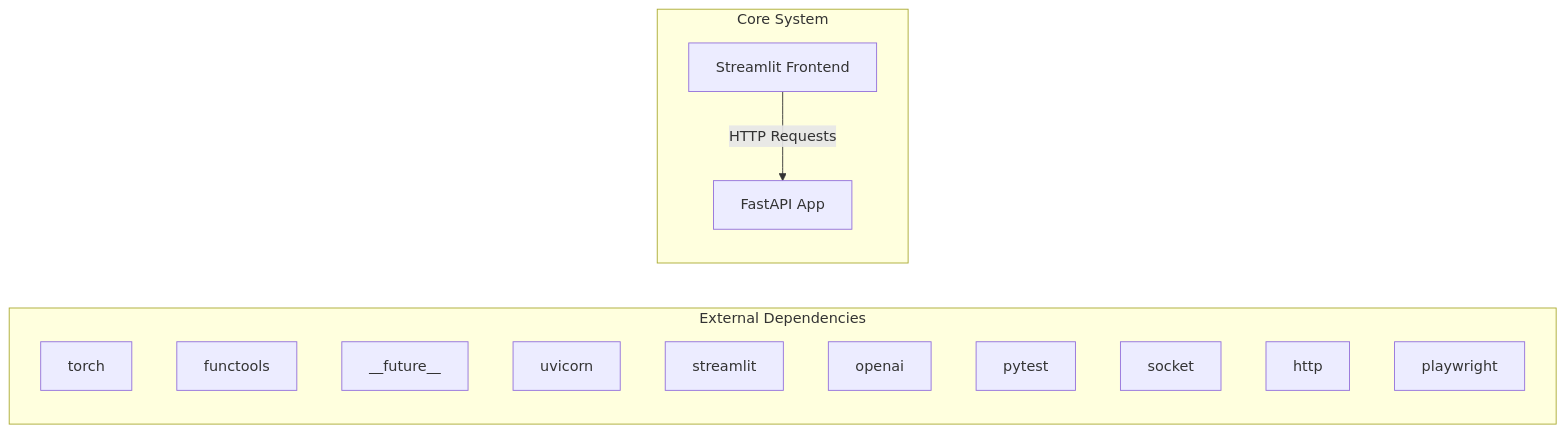
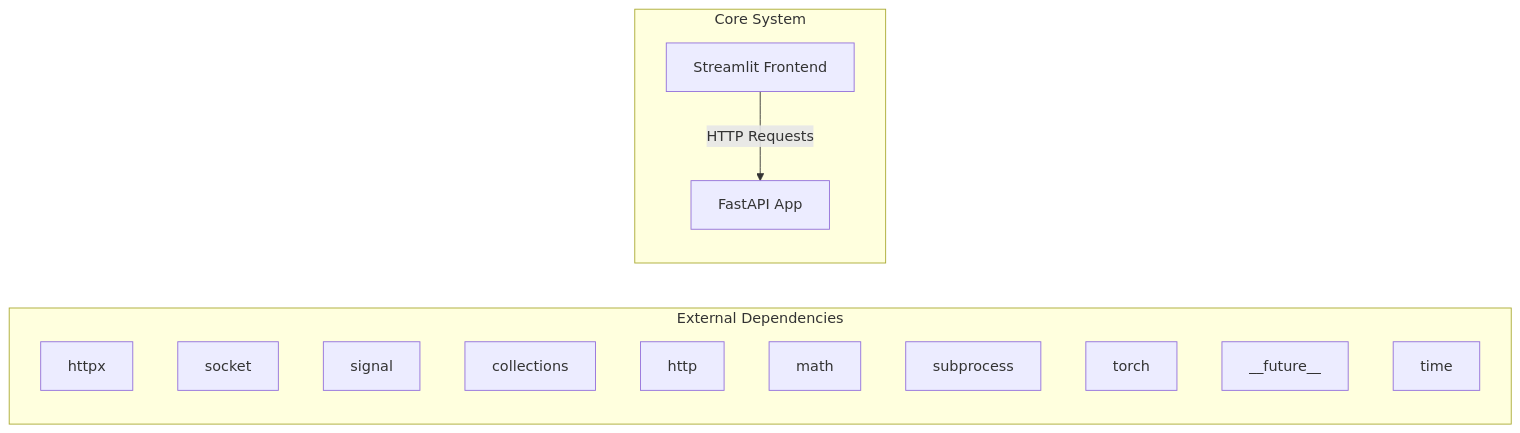
One commit to NITISH-R-G/rag-context-optimizer changed the first of 2 diagrams in docs/architecture.md. Above: the diagram before and after it, drawn with Mermaid. The commit also changed 1 other file, not shown here.

Commit message:
docs: auto-update repository knowledge, architecture diagrams, and documentation

````diff
--- a/docs/architecture.md
+++ b/docs/architecture.md
@@ -7,20 +7,20 @@
 ```mermaid
 graph LR
     subgraph External Dependencies
-        E0["torch"]
-        E1["functools"]
-        E2["__future__"]
-        E3["uvicorn"]
-        E4["streamlit"]
-        E5["openai"]
-        E6["pytest"]
-        E7["socket"]
-        E8["http"]
-        E9["playwright"]
+        E0["httpx"]
+        E1["socket"]
+        E2["signal"]
+        E3["collections"]
+        E4["http"]
+        E5["math"]
+        E6["subprocess"]
+        E7["torch"]
+        E8["__future__"]
+        E9["time"]
     end
     subgraph Core System
         API["FastAPI App"]
         UI["Streamlit Frontend"]
     end
     UI -->|HTTP Requests| API
 ```
````
